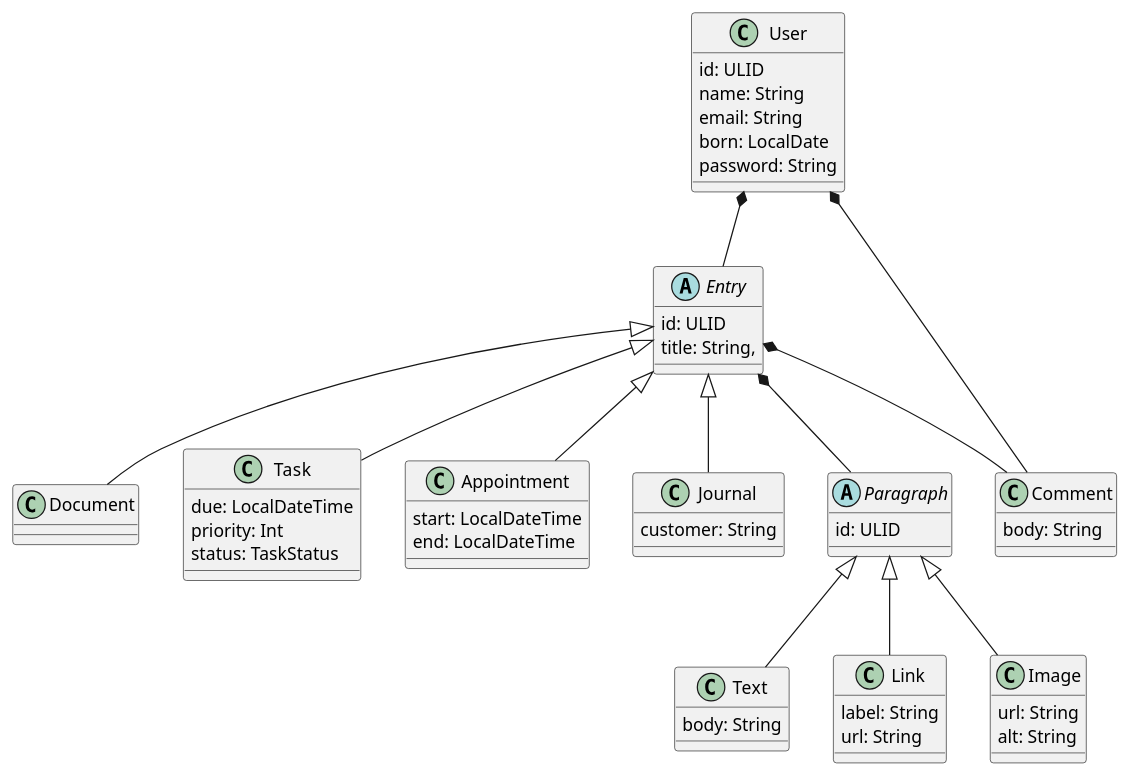
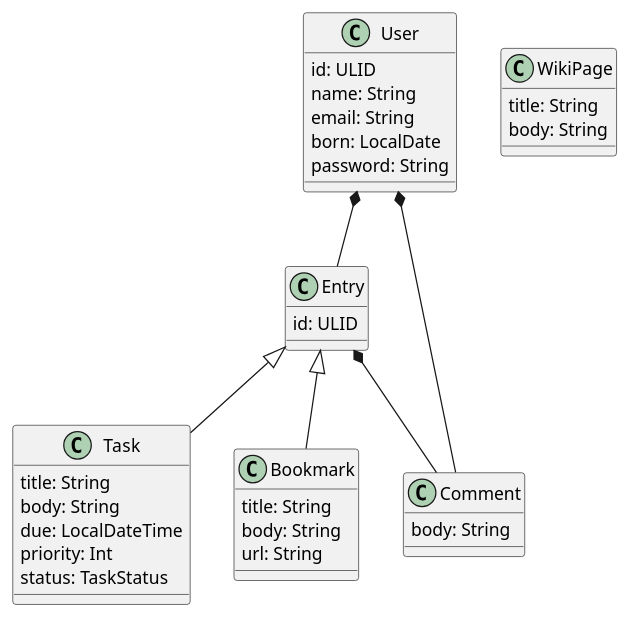
The diagram in docs/mvp-model.puml (jvorhauer/spikes), drawn with PlantUML before and after one commit. The commit also changed 10 other files, not shown here.

```diff
--- a/docs/mvp-model.puml
+++ b/docs/mvp-model.puml
@@ -1,61 +1,44 @@
 @startuml
 
 class User {
   id: ULID
   name: String
   email: String
   born: LocalDate
   password: String
 }
 
-abstract class Entry {
+class Entry {
   id: ULID
-  title: String,
 }
-class Document
+
 class Task {
+  title: String
+  body: String
   due: LocalDateTime
   priority: Int
   status: TaskStatus
 }
-class Appointment {
-  start: LocalDateTime
-  end: LocalDateTime
+Entry <|-- Task
+
+class Bookmark {
+  title: String
+  body: String
+  url: String
 }
-class Journal {
-  customer: String
+Entry <|-- Bookmark
+
+class WikiPage {
+  title: String
+  body: String
 }
-Entry <|-- Document
-Entry <|-- Task
-Entry <|-- Appointment
-Entry <|-- Journal
-
-User *-- Entry
 
 class Comment {
   body: String
 }
+
+User *-- Comment
+User *-- Entry
 Entry *-- Comment
-User *-- Comment
-
-abstract class Paragraph {
-  id: ULID
-}
-class Text {
-  body: String
-}
-class Link {
-  label: String
-  url: String
-}
-class Image {
-  url: String
-  alt: String
-}
-Paragraph <|-- Text
-Paragraph <|-- Link
-Paragraph <|-- Image
-
-Entry *-- Paragraph
 
 @enduml
```
